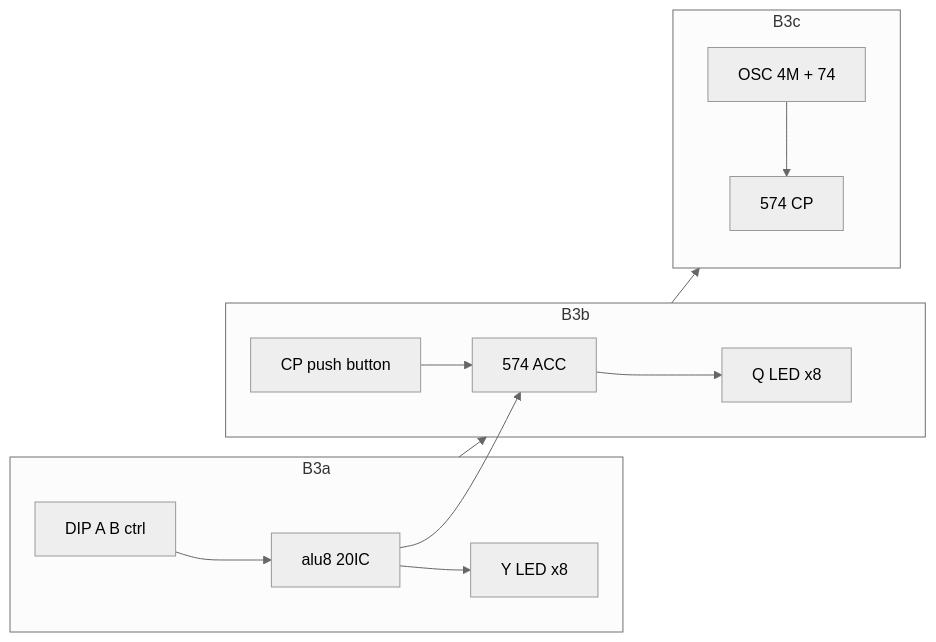
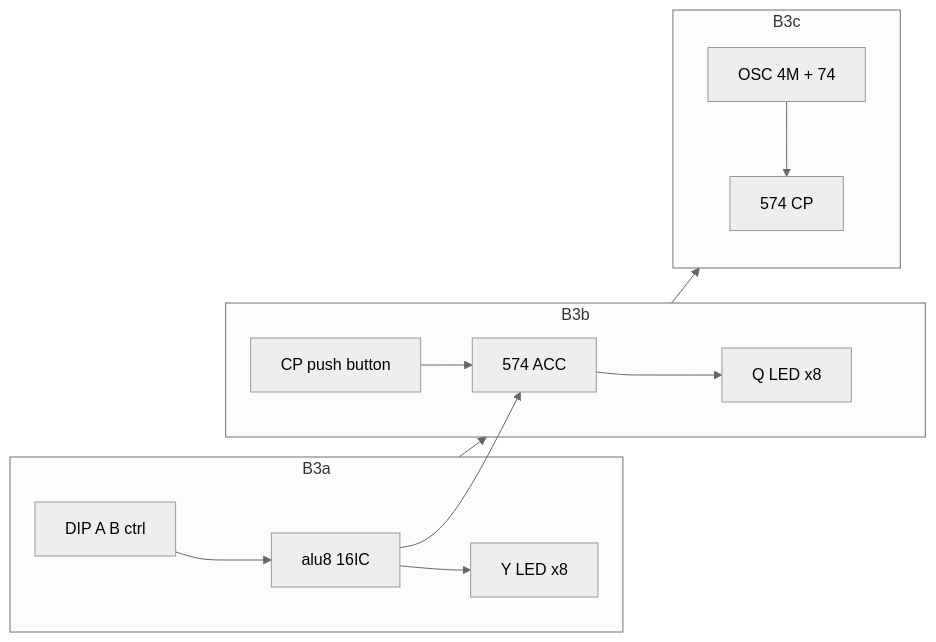
Before and after one commit to Flkalas/plover: the diagram in docs/plans/b3-bringup.plan.md, drawn with Mermaid (neutral theme). The commit also changed other lines of this file and 7 other files, not shown here.

````diff
--- a/docs/plans/b3-bringup.plan.md
+++ b/docs/plans/b3-bringup.plan.md
@@ -35,23 +35,23 @@
 ```mermaid
 flowchart LR
   subgraph b3a [B3a]
     DIP[ DIP A B ctrl ]
-    ALU[ alu8 20IC ]
+    ALU[ alu8 16IC ]
     YLED[ Y LED x8 ]
     DIP --> ALU --> YLED
   end
   subgraph b3b [B3b]
     ACC[ 574 ACC ]
     BTN[ CP push button ]
     QLED[ Q LED x8 ]
     ALU --> ACC
     BTN --> ACC
     ACC --> QLED
   end
   subgraph b3c [B3c]
     OSC[ OSC 4M + 74 ]
     ACC2[ 574 CP ]
     OSC --> ACC2
   end
   b3a --> b3b --> b3c
 ```
````
